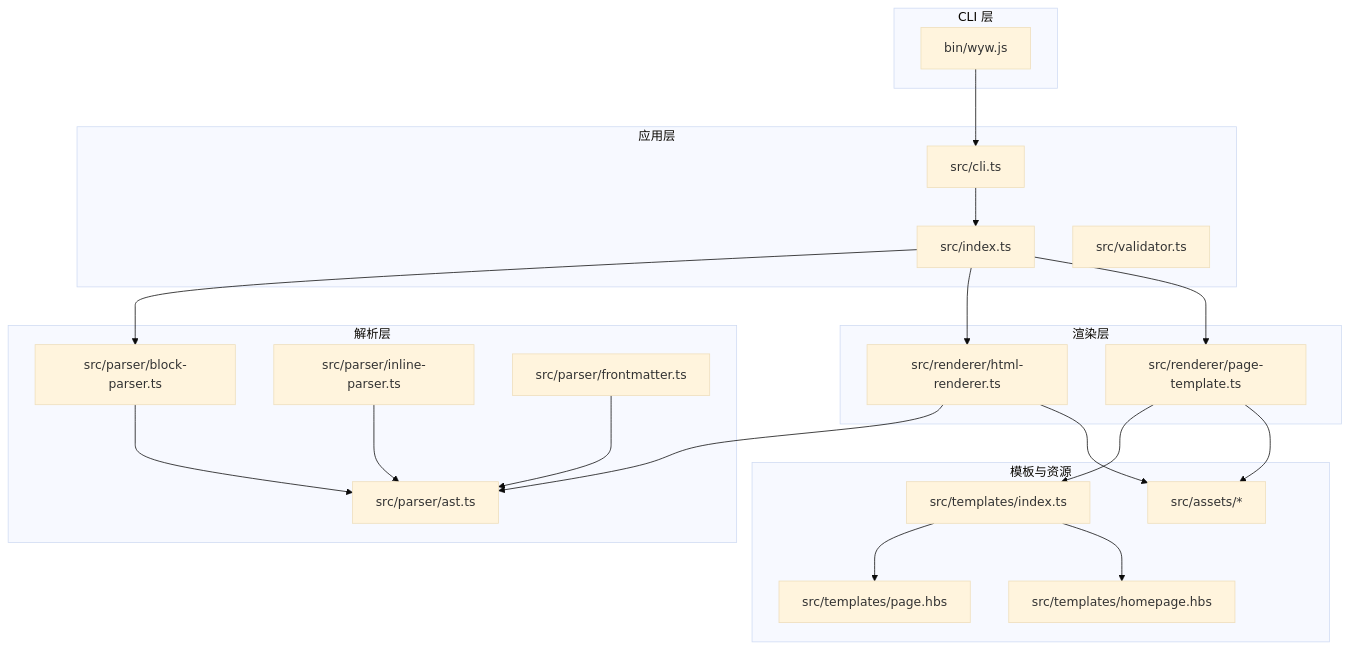
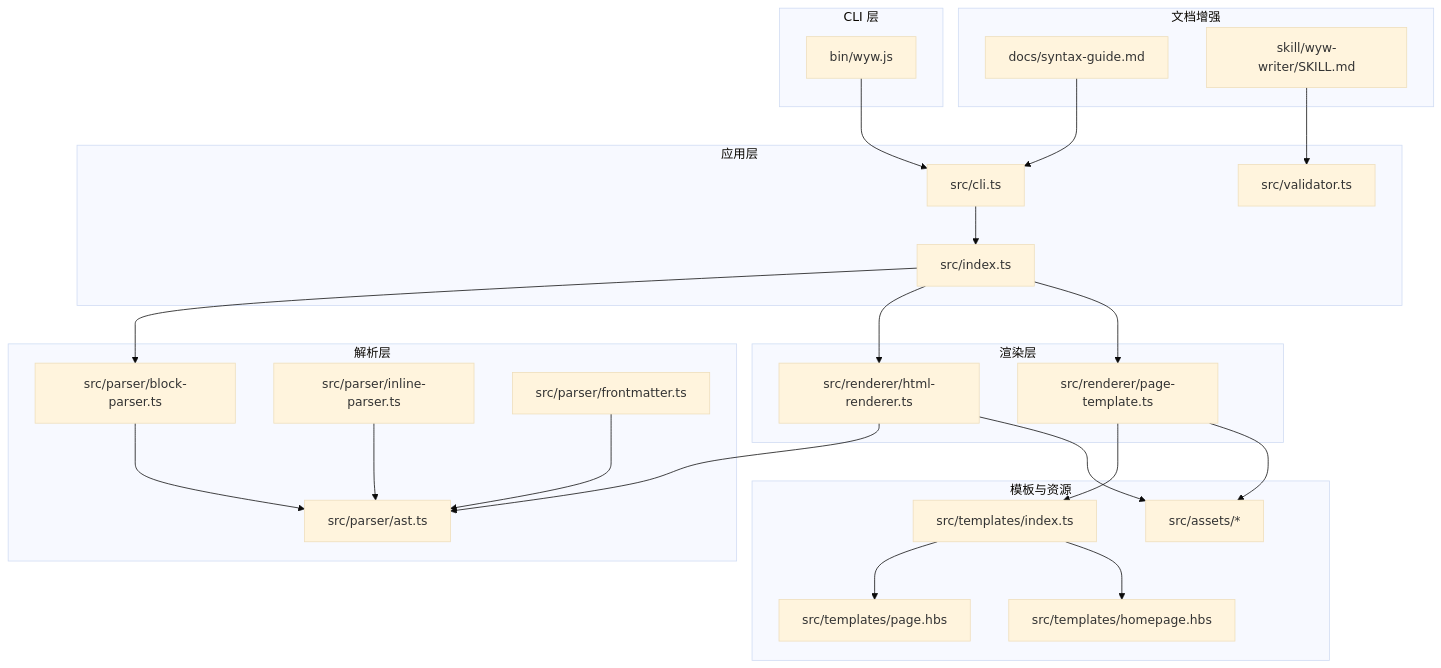
Before and after one commit to BlackBoxRecorder/wyw: the first of 7 diagrams in .qoder/repowiki/zh/content/开发者指南/开发者指南.md, drawn with Mermaid (base theme). The commit also changed other lines of this file and 5 other files, not shown here.

````diff
--- a/.qoder/repowiki/zh/content/开发者指南/开发者指南.md
+++ b/.qoder/repowiki/zh/content/开发者指南/开发者指南.md
@@ -58,41 +69,47 @@
 ```mermaid
 graph TB
 subgraph "CLI 层"
 BIN["bin/wyw.js"]
 end
 subgraph "应用层"
 SRC_INDEX["src/index.ts"]
 CLI["src/cli.ts"]
 VALIDATOR["src/validator.ts"]
 end
 subgraph "解析层"
 AST["src/parser/ast.ts"]
 BLOCK["src/parser/block-parser.ts"]
 INLINE["src/parser/inline-parser.ts"]
 FRONT["src/parser/frontmatter.ts"]
 end
 subgraph "渲染层"
 HTMLR["src/renderer/html-renderer.ts"]
 PAGET["src/renderer/page-template.ts"]
 end
 subgraph "模板与资源"
 TPL_IDX["src/templates/index.ts"]
 TPL_PAGE["src/templates/page.hbs"]
 TPL_HOME["src/templates/homepage.hbs"]
 ASSETS["src/assets/*"]
 end
+subgraph "文档增强"
+SYNTAX["docs/syntax-guide.md"]
+SKILL["skill/wyw-writer/SKILL.md"]
+end
 BIN --> CLI
 CLI --> SRC_INDEX
 SRC_INDEX --> BLOCK
 SRC_INDEX --> HTMLR
 SRC_INDEX --> PAGET
 BLOCK --> AST
 INLINE --> AST
 FRONT --> AST
 HTMLR --> AST
 PAGET --> TPL_IDX
 TPL_IDX --> TPL_PAGE
 TPL_IDX --> TPL_HOME
 PAGET --> ASSETS
 HTMLR --> ASSETS
+SYNTAX --> CLI
+SKILL --> VALIDATOR
 ```
````
